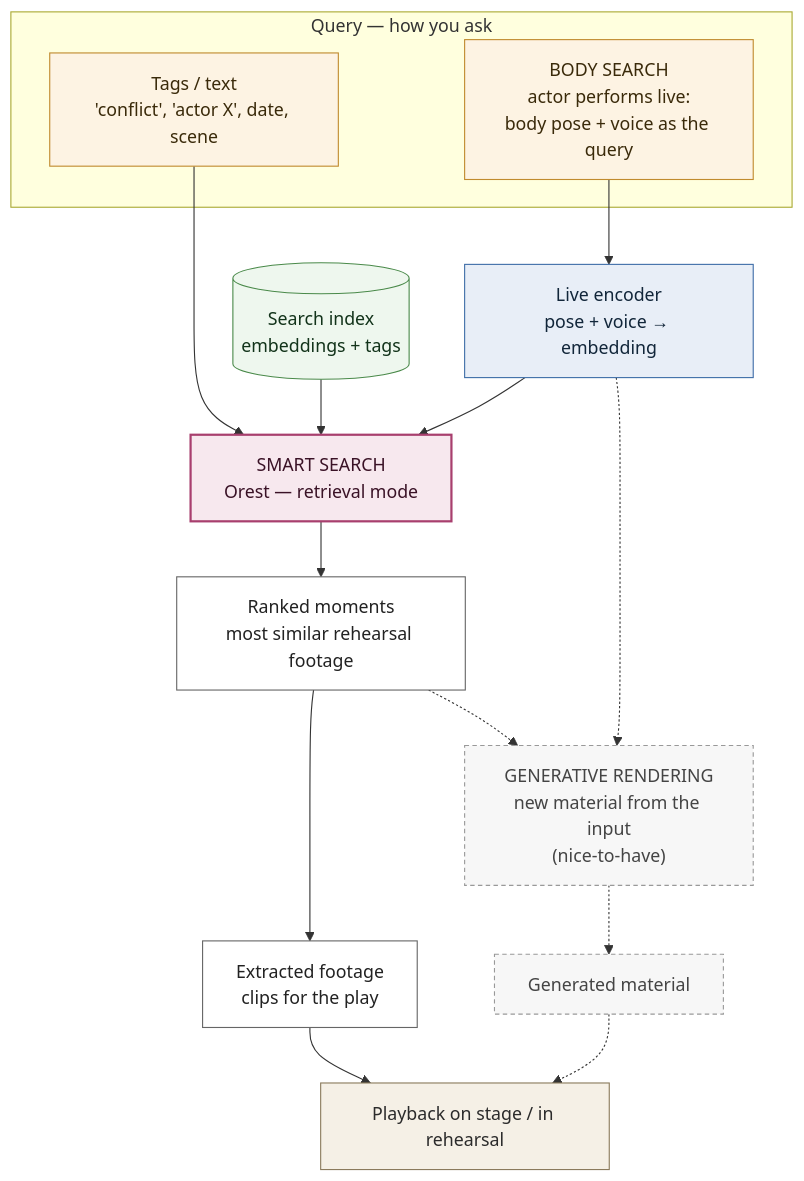
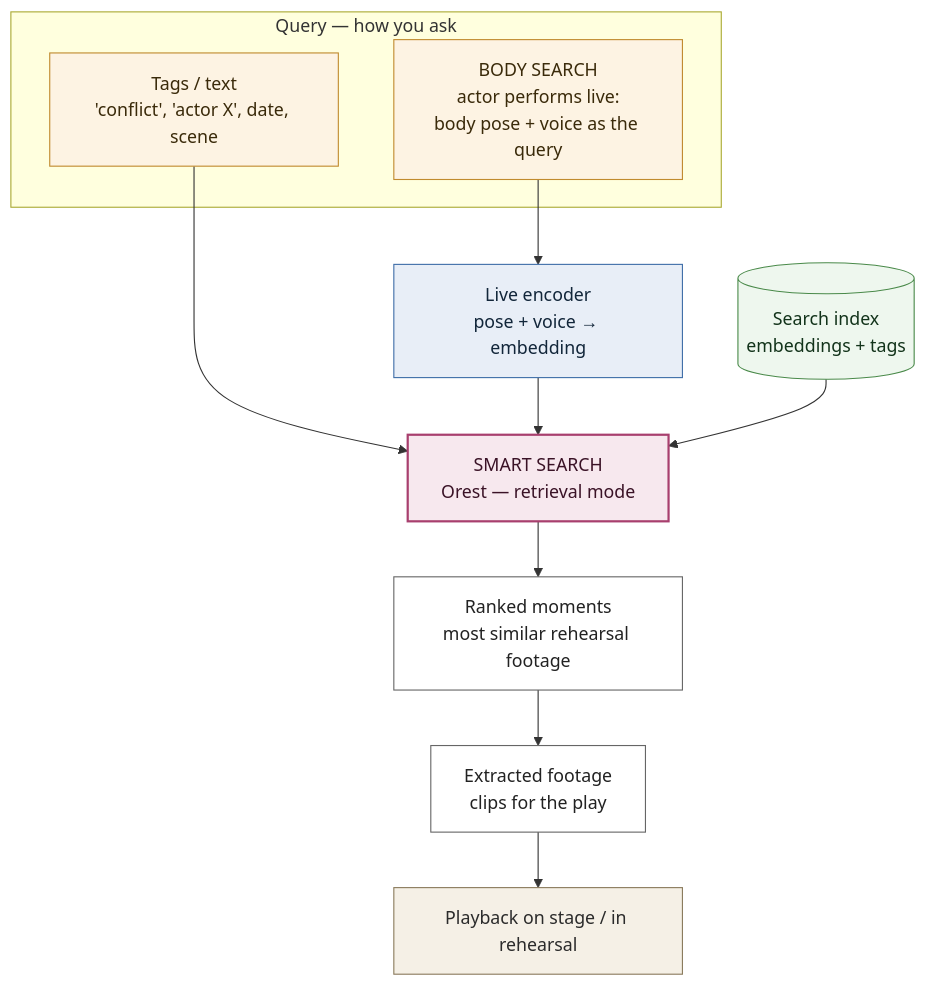
One commit to moe5555/orest changed the fourth of 4 diagrams in knowledge/source_of_truth/pipeline.md. Above: the diagram before and after it, drawn with Mermaid. The commit also changed other lines of this file and 12 other files, not shown here.

````diff
--- a/knowledge/source_of_truth/pipeline.md
+++ b/knowledge/source_of_truth/pipeline.md
@@ -103,31 +95,26 @@
 ```mermaid
 graph TD;
     subgraph Q["Query — how you ask"]
         QT["Tags / text<br/>'conflict', 'actor X', date, scene"]:::q;
         QB["BODY SEARCH<br/>actor performs live:<br/>body pose + voice as the query"]:::q;
     end
 
     QT --> SS["SMART SEARCH<br/>Orest — retrieval mode"]:::orest;
     QB --> ENC["Live encoder<br/>pose + voice → embedding"]:::proc;
     ENC --> SS;
 
     IDX[("Search index<br/>embeddings + tags")]:::store --> SS;
 
     SS --> HITS["Ranked moments<br/>most similar rehearsal footage"]:::out;
     HITS --> CUT["Extracted footage<br/>clips for the play"]:::out;
 
-    HITS -.-> GEN["GENERATIVE RENDERING<br/>new material from the input<br/>(nice-to-have)"]:::opt;
-    ENC -.-> GEN;
-    GEN -.-> NEW["Generated material"]:::opt;
-
     CUT --> STAGE["Playback on stage / in rehearsal"]:::stage;
-    NEW -.-> STAGE;
 
     classDef q fill:#fdf3e3,stroke:#c08a2e,color:#3a2a0a;
     classDef orest fill:#f7e8ee,stroke:#a83f6e,stroke-width:2px,color:#3a1226;
     classDef proc fill:#e8eef7,stroke:#3f6ea8,color:#12263a;
     classDef store fill:#eef7ee,stroke:#4a8a4a,color:#12331a;
     classDef out fill:#fff,stroke:#666,color:#222;
     classDef opt fill:#f7f7f7,stroke:#999,stroke-dasharray:4 3,color:#444;
     classDef stage fill:#f5f0e6,stroke:#8a7a5c,color:#2b2b2b;
 ```
````
